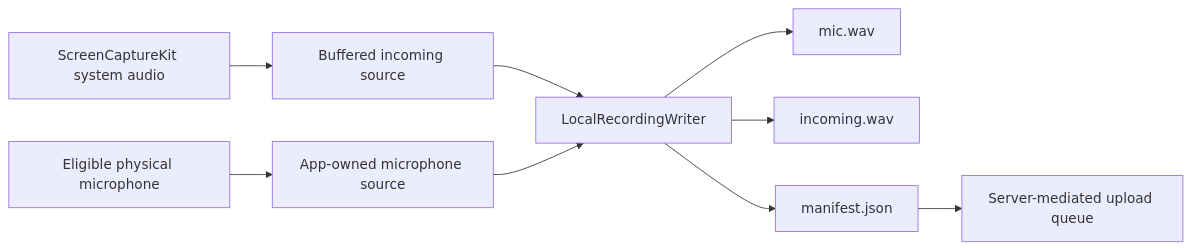
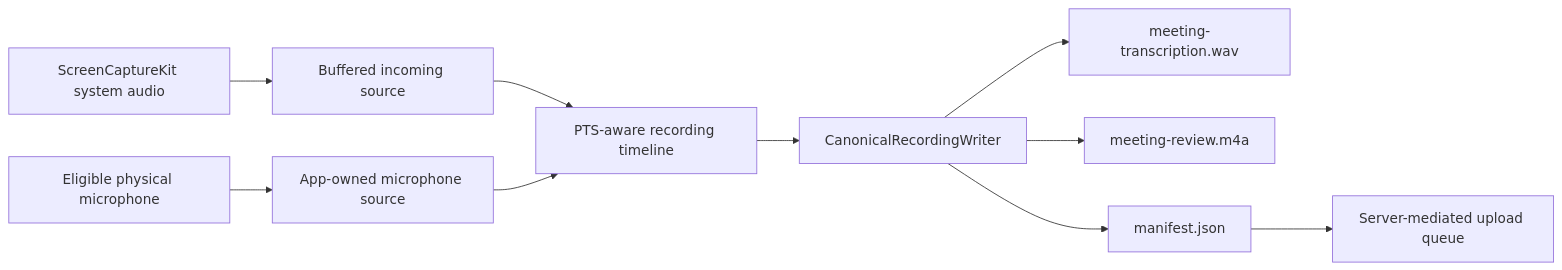
The diagram in docs/prd-voice-layer-final.md (yshishenya/graf), drawn with Mermaid before and after one commit. The commit also changed other lines of this file and 163 other files, not shown here.

Commit message:
feat(recording): implement canonical v5 mixed WAV pipeline

````diff
--- a/docs/prd-voice-layer-final.md
+++ b/docs/prd-voice-layer-final.md
@@ -524,11 +530,12 @@
 ```mermaid
 flowchart LR
   System["ScreenCaptureKit system audio"] --> Incoming["Buffered incoming source"]
   Mic["Eligible physical microphone"] --> MicSource["App-owned microphone source"]
-  Incoming --> Writer["LocalRecordingWriter"]
-  MicSource --> Writer
-  Writer --> MicFile["mic.wav"]
-  Writer --> IncomingFile["incoming.wav"]
+  Incoming --> Timeline["PTS-aware recording timeline"]
+  MicSource --> Timeline
+  Timeline --> Writer["CanonicalRecordingWriter"]
+  Writer --> ASR["meeting-transcription.wav"]
+  Writer --> Playback["meeting-review.m4a"]
   Writer --> Manifest["manifest.json"]
   Manifest --> Queue["Server-mediated upload queue"]
 ```
````
